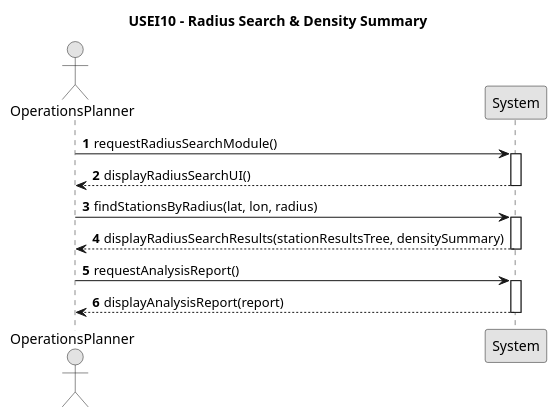
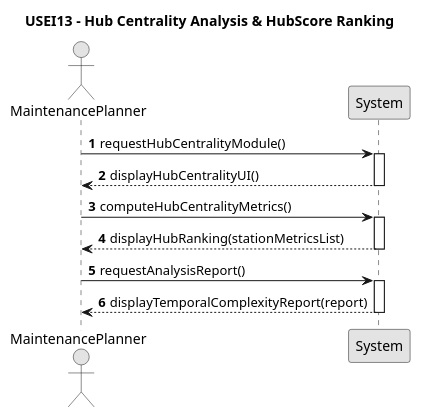
The diagram in src/doc/ESINF/USEI13/01.requirements-engineering/puml/USEI10-SSD.puml (Departamento-de-Engenharia-Informatica/sem3-pi-25-26-g023-repo), drawn with PlantUML before and after one commit. The commit also changed 1 other file, not shown here.

```diff
--- a/src/doc/ESINF/USEI13/01.requirements-engineering/puml/USEI10-SSD.puml
+++ b/src/doc/ESINF/USEI13/01.requirements-engineering/puml/USEI10-SSD.puml
@@ -1,29 +1,29 @@
 @startuml
 
-title USEI10 - Radius Search & Density Summary
+title USEI13 - Hub Centrality Analysis & HubScore Ranking
 
 skinparam monochrome true
 skinparam packageStyle rectangle
 skinparam shadowing false
 
 autonumber
 
-actor OperationsPlanner
+actor MaintenancePlanner
 participant System
 
-OperationsPlanner -> System: requestRadiusSearchModule()
+MaintenancePlanner -> System: requestHubCentralityModule()
 activate System
-    System --> OperationsPlanner: displayRadiusSearchUI()
+    System --> MaintenancePlanner: displayHubCentralityUI()
 deactivate System
 
-OperationsPlanner -> System: findStationsByRadius(lat, lon, radius)
+MaintenancePlanner -> System: computeHubCentralityMetrics()
 activate System
-    System --> OperationsPlanner: displayRadiusSearchResults(stationResultsTree, densitySummary)
+    System --> MaintenancePlanner: displayHubRanking(stationMetricsList)
 deactivate System
 
-OperationsPlanner -> System: requestAnalysisReport()
+MaintenancePlanner -> System: requestAnalysisReport()
 activate System
-    System --> OperationsPlanner: displayAnalysisReport(report)
+    System --> MaintenancePlanner: displayTemporalComplexityReport(report)
 deactivate System
 
 @enduml
```
